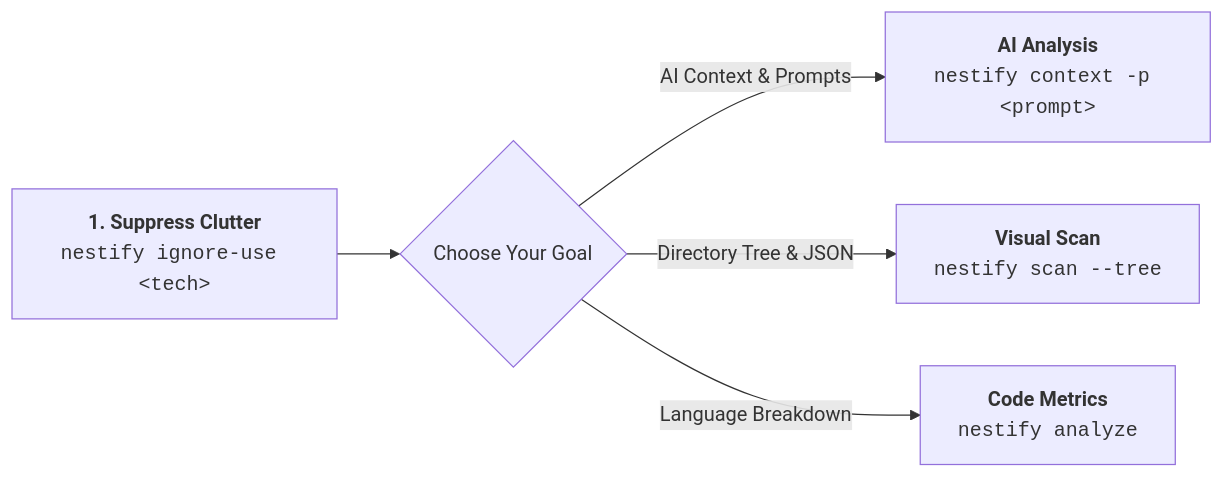
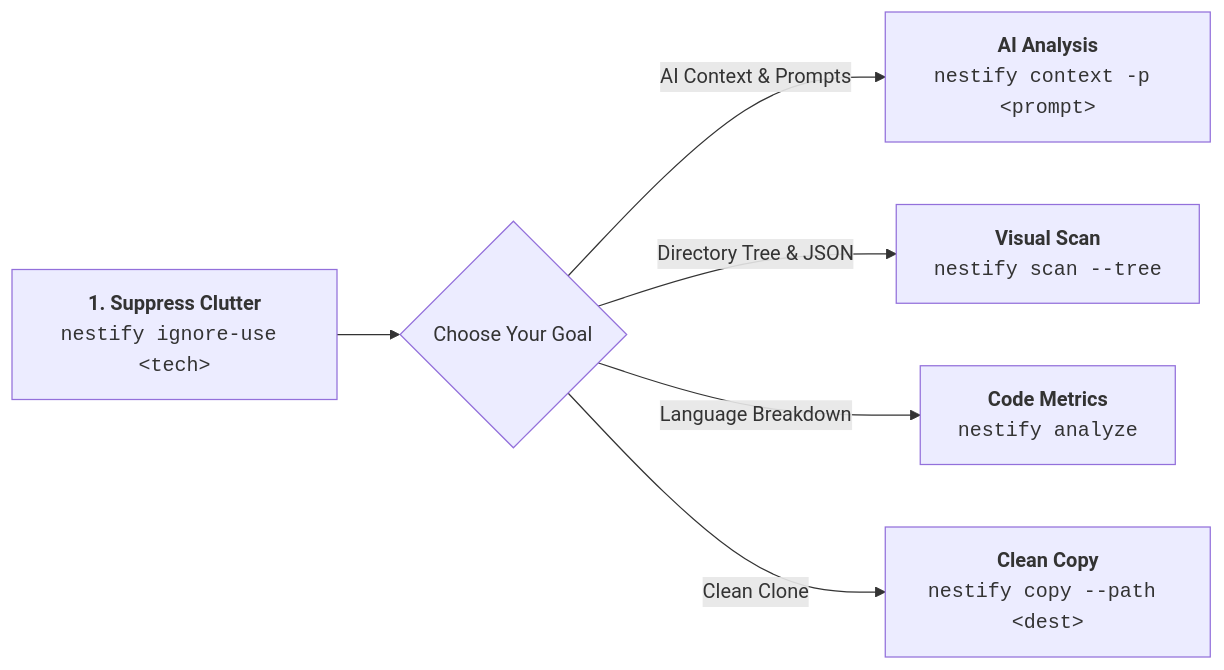
One commit to badboy1981/Nestify changed the diagram in docs/commands/overview.md. Above: the diagram before and after it, drawn with Mermaid. The commit also changed other lines of this file and 31 other files, not shown here.

````diff
--- a/docs/commands/overview.md
+++ b/docs/commands/overview.md
@@ -28,8 +29,9 @@
 ```mermaid
 graph LR
     A[<b>1. Suppress Clutter</b><br/><code>nestify ignore-use &lt;tech&gt;</code>] --> B{Choose Your Goal}
     
     B -->|AI Context & Prompts| C[<b>AI Analysis</b><br/><code>nestify context -p &lt;prompt&gt;</code>]
     B -->|Directory Tree & JSON| D[<b>Visual Scan</b><br/><code>nestify scan --tree</code>]
     B -->|Language Breakdown| E[<b>Code Metrics</b><br/><code>nestify analyze</code>]
+    B -->|Clean Clone| F[<b>Clean Copy</b><br/><code>nestify copy --path &lt;dest&gt;</code>]
 ```
````
